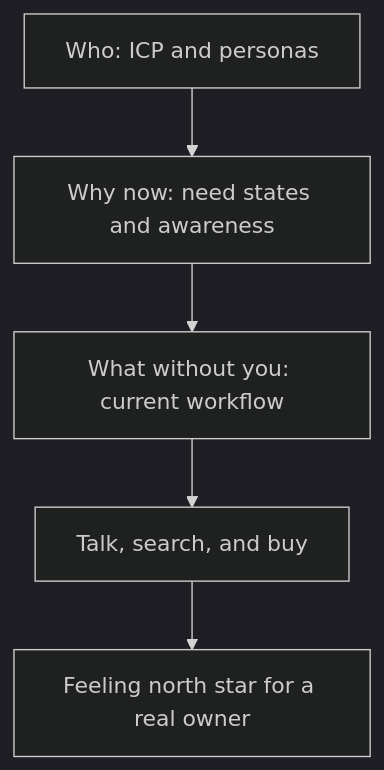
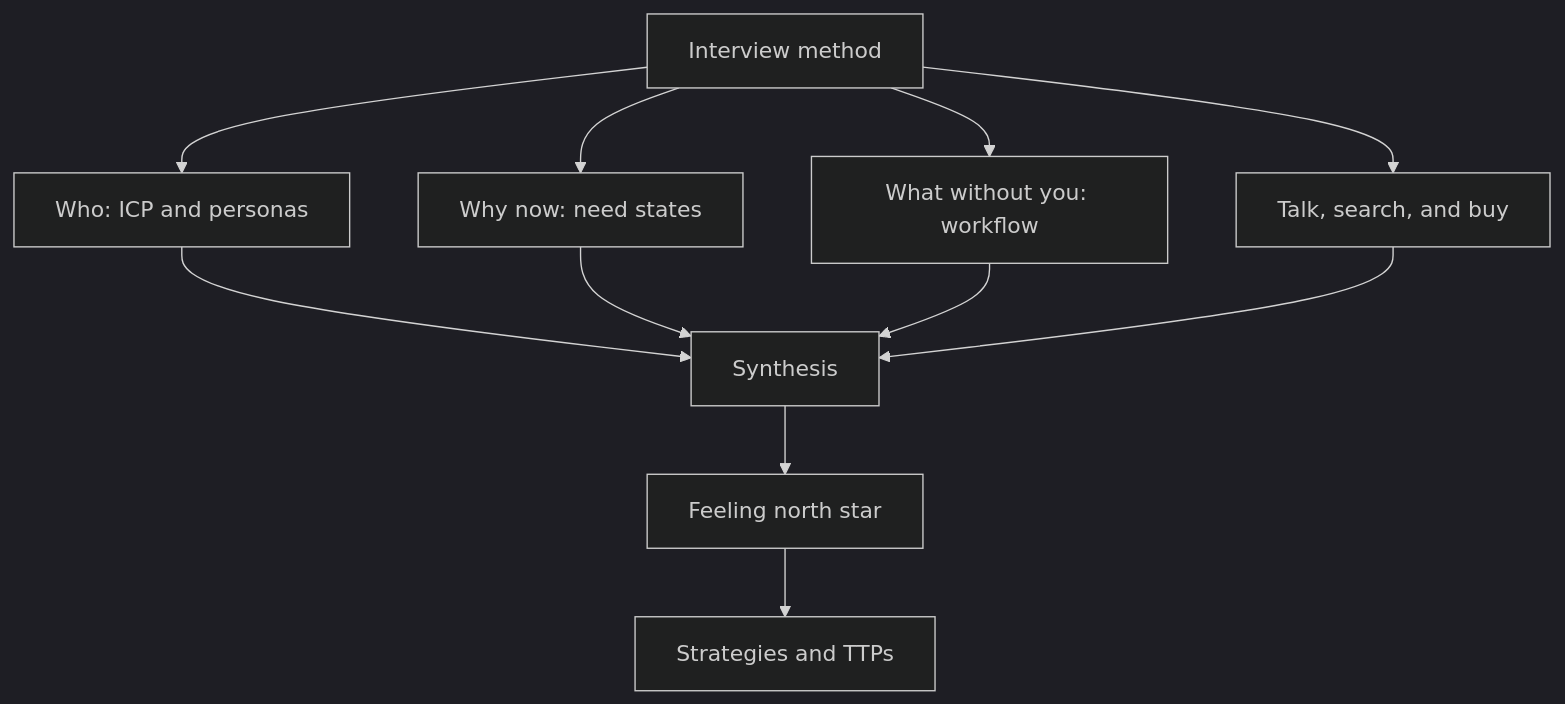
One commit to DecisionNerd/ProductFeeling changed the diagram in handbook/discovery/index.md. Above: the diagram before and after it, drawn with Mermaid (dark theme). The commit also changed other lines of this file and 84 other files, not shown here.

````diff
--- a/handbook/discovery/index.md
+++ b/handbook/discovery/index.md
@@ -9,7 +7,14 @@
 ```mermaid
 flowchart TD
-  Q1[Who: ICP and personas] --> Q2[Why now: need states and awareness]
-  Q2 --> Q3[What without you: current workflow]
-  Q3 --> Q4[Talk, search, and buy]
-  Q4 --> N[Feeling north star for a real owner]
+  Interview[Interview method]
+  Interview --> Who[Who: ICP and personas]
+  Interview --> Why[Why now: need states]
+  Interview --> Work[What without you: workflow]
+  Interview --> Talk[Talk, search, and buy]
+  Who --> Synth[Synthesis]
+  Why --> Synth
+  Work --> Synth
+  Talk --> Synth
+  Synth --> North[Feeling north star]
+  North --> Strategies[Strategies and TTPs]
 ```
````
